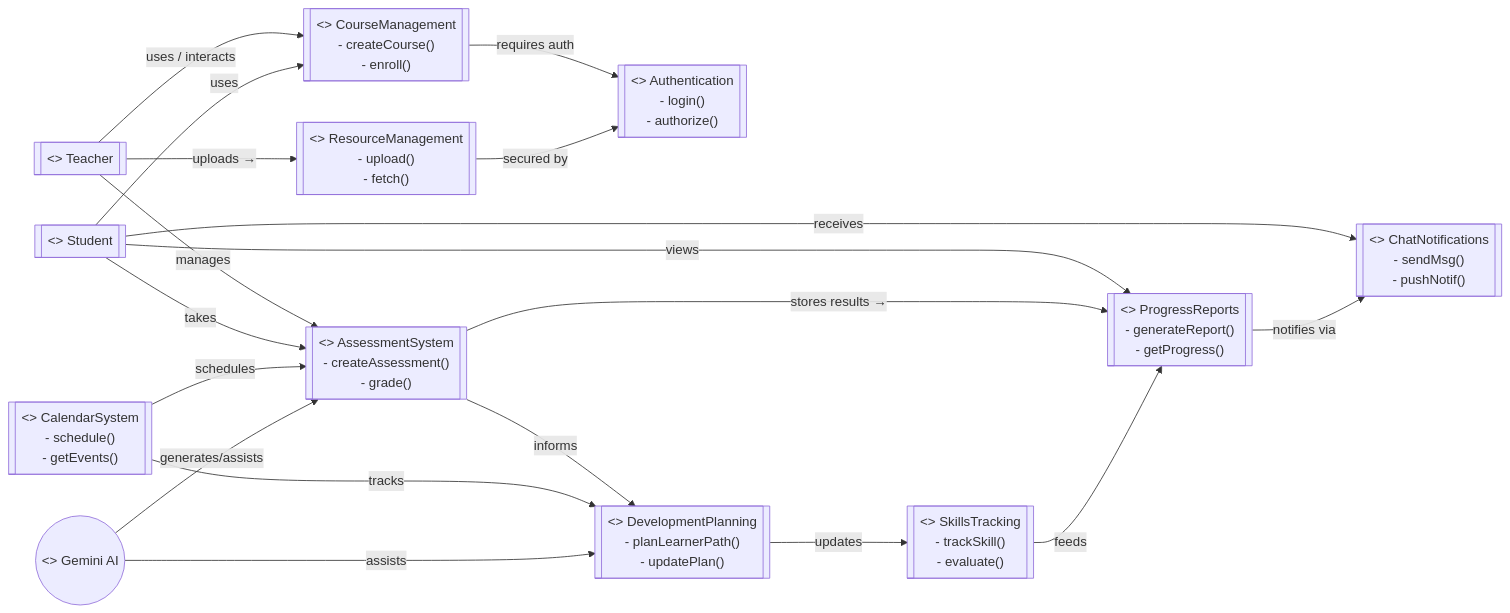
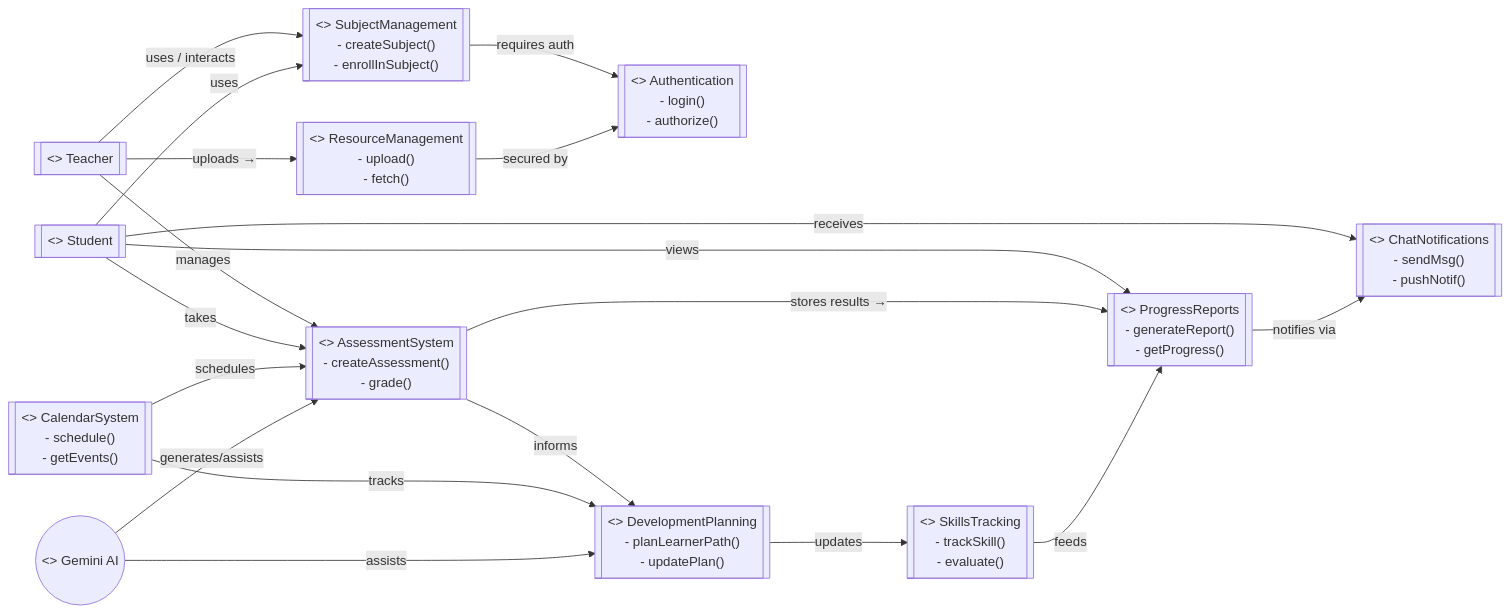
Before and after one commit to zwAscend/zivai-web: the diagram in use_case.md, drawn with Mermaid. The commit also changed 107 other files, not shown here.

````diff
--- a/use_case.md
+++ b/use_case.md
@@ -1,48 +1,48 @@
 ```mermaid
 
 %% UML-style component diagram (Mermaid)
 graph LR
   %% Actors (stereotypes)
   Teacher[[<<Actor>> Teacher]]
   Student[[<<Actor>> Student]]
 
   %% Components (stereotypes)
   AuthComp[["<<Component>> Authentication\n- login()\n- authorize()"]]
   ResourceComp[["<<Component>> ResourceManagement\n- upload()\n- fetch()"]]
-  CourseComp[["<<Component>> CourseManagement\n- createCourse()\n- enroll()"]]
+  SubjectComp[["<<Component>> SubjectManagement\n- createSubject()\n- enrollInSubject()"]]
   AssessComp[["<<Component>> AssessmentSystem\n- createAssessment()\n- grade()"]]
   DevPlanComp[["<<Component>> DevelopmentPlanning\n- planLearnerPath()\n- updatePlan()"]]
   SkillsComp[["<<Component>> SkillsTracking\n- trackSkill()\n- evaluate()"]]
   ProgressComp[["<<Component>> ProgressReports\n- generateReport()\n- getProgress()"]]
   ChatComp[["<<Component>> ChatNotifications\n- sendMsg()\n- pushNotif()"]]
   CalendarComp[["<<Component>> CalendarSystem\n- schedule()\n- getEvents()"]]
 
   %% External Service
   Gemini((<<External>> Gemini AI))
 
   %% Actor → Component
-  Teacher -->|uses / interacts| CourseComp
+  Teacher -->|uses / interacts| SubjectComp
   Teacher -->|manages| AssessComp
   Teacher -->|uploads →| ResourceComp
-  Student -->|uses| CourseComp
+  Student -->|uses| SubjectComp
   Student -->|takes| AssessComp
   Student -->|views| ProgressComp
   Student -->|receives| ChatComp
 
   %% Component relationships
-  CourseComp -->|requires auth| AuthComp
+  SubjectComp -->|requires auth| AuthComp
   ResourceComp -->|secured by| AuthComp
   AssessComp -->|stores results →| ProgressComp
   AssessComp -->|informs| DevPlanComp
   DevPlanComp -->|updates| SkillsComp
   SkillsComp -->|feeds| ProgressComp
   ProgressComp -->|notifies via| ChatComp
   CalendarComp -->|schedules| AssessComp
   CalendarComp -->|tracks| DevPlanComp
 
   %% External links
   Gemini -->|generates/assists| AssessComp
   Gemini -->|assists| DevPlanComp
 
 
 ```
````
